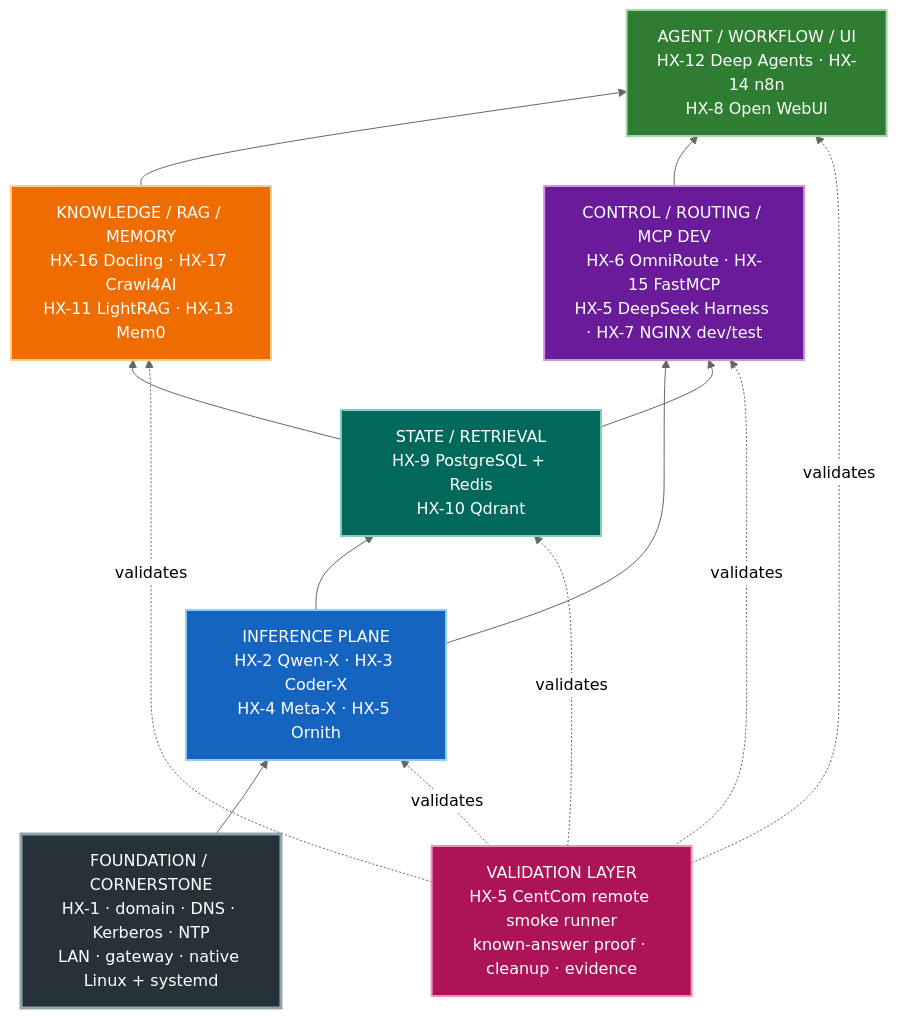
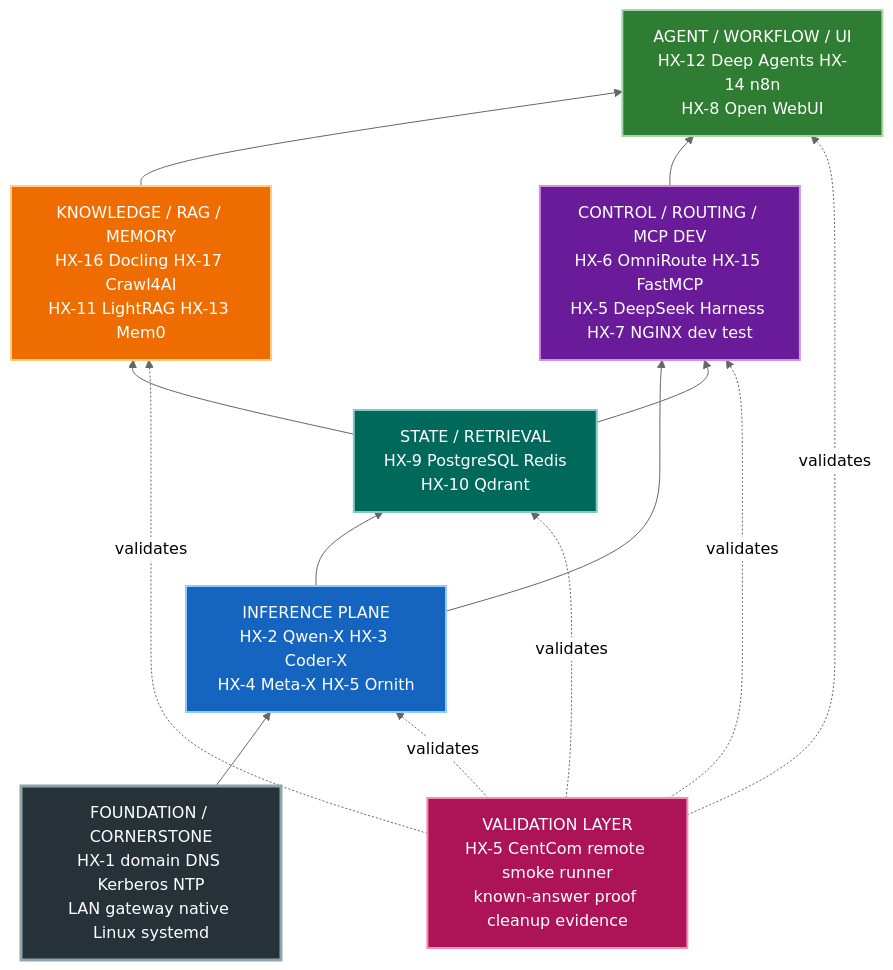
The first of 2 diagrams in openwiki/architecture/ecosystem-orientation.md (HX-Infratstructure/HX-Eco-System), drawn with Mermaid (neutral theme) before and after one commit. The commit also changed other lines of this file and 62 other files, not shown here.

````diff
--- a/openwiki/architecture/ecosystem-orientation.md
+++ b/openwiki/architecture/ecosystem-orientation.md
@@ -79,40 +55,40 @@
 ```mermaid
 flowchart BT
-    F["FOUNDATION / CORNERSTONE<br/>HX-1 · domain · DNS · Kerberos · NTP<br/>LAN · gateway · native Linux + systemd"]
-    I["INFERENCE PLANE<br/>HX-2 Qwen-X · HX-3 Coder-X<br/>HX-4 Meta-X · HX-5 Ornith"]
-    S["STATE / RETRIEVAL<br/>HX-9 PostgreSQL + Redis<br/>HX-10 Qdrant"]
-    K["KNOWLEDGE / RAG / MEMORY<br/>HX-16 Docling · HX-17 Crawl4AI<br/>HX-11 LightRAG · HX-13 Mem0"]
-    C["CONTROL / ROUTING / MCP DEV<br/>HX-6 OmniRoute · HX-15 FastMCP<br/>HX-5 DeepSeek Harness · HX-7 NGINX dev/test"]
-    A["AGENT / WORKFLOW / UI<br/>HX-12 Deep Agents · HX-14 n8n<br/>HX-8 Open WebUI"]
-    V["VALIDATION LAYER<br/>HX-5 CentCom remote smoke runner<br/>known-answer proof · cleanup · evidence"]
+    F["FOUNDATION / CORNERSTONE<br/>HX-1 domain DNS Kerberos NTP<br/>LAN gateway native Linux systemd"]
+    I["INFERENCE PLANE<br/>HX-2 Qwen-X HX-3 Coder-X<br/>HX-4 Meta-X HX-5 Ornith"]
+    S["STATE / RETRIEVAL<br/>HX-9 PostgreSQL Redis<br/>HX-10 Qdrant"]
+    K["KNOWLEDGE / RAG / MEMORY<br/>HX-16 Docling HX-17 Crawl4AI<br/>HX-11 LightRAG HX-13 Mem0"]
+    C["CONTROL / ROUTING / MCP DEV<br/>HX-6 OmniRoute HX-15 FastMCP<br/>HX-5 DeepSeek Harness HX-7 NGINX dev test"]
+    A["AGENT / WORKFLOW / UI<br/>HX-12 Deep Agents HX-14 n8n<br/>HX-8 Open WebUI"]
+    V["VALIDATION LAYER<br/>HX-5 CentCom remote smoke runner<br/>known-answer proof cleanup evidence"]
 
     F --> I
     I --> S
     S --> K
     I --> C
     S --> C
     K --> A
     C --> A
 
     V -. validates .-> I
     V -. validates .-> S
     V -. validates .-> C
     V -. validates .-> K
     V -. validates .-> A
 
     classDef foundation fill:#263238,color:#fff,stroke:#90a4ae,stroke-width:3px;
     classDef inference fill:#1565c0,color:#fff,stroke:#90caf9,stroke-width:2px;
     classDef state fill:#00695c,color:#fff,stroke:#80cbc4,stroke-width:2px;
     classDef control fill:#6a1b9a,color:#fff,stroke:#ce93d8,stroke-width:2px;
     classDef knowledge fill:#ef6c00,color:#fff,stroke:#ffcc80,stroke-width:2px;
     classDef app fill:#2e7d32,color:#fff,stroke:#a5d6a7,stroke-width:2px;
     classDef validation fill:#ad1457,color:#fff,stroke:#f48fb1,stroke-width:2px;
 
     class F foundation;
     class I inference;
     class S state;
     class C control;
     class K knowledge;
     class A app;
     class V validation;
 ```
````
